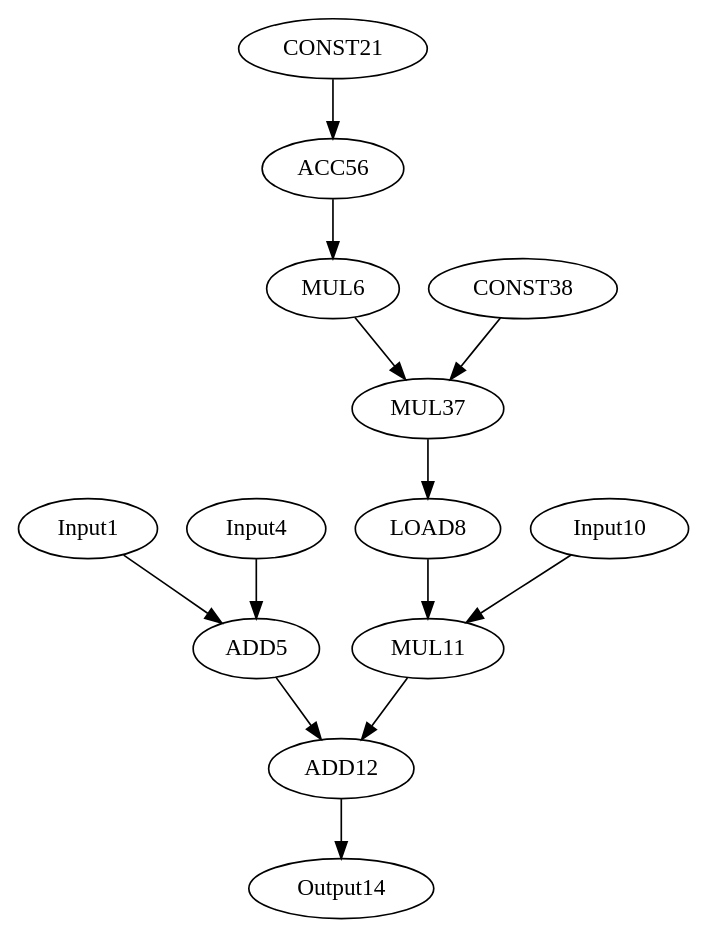
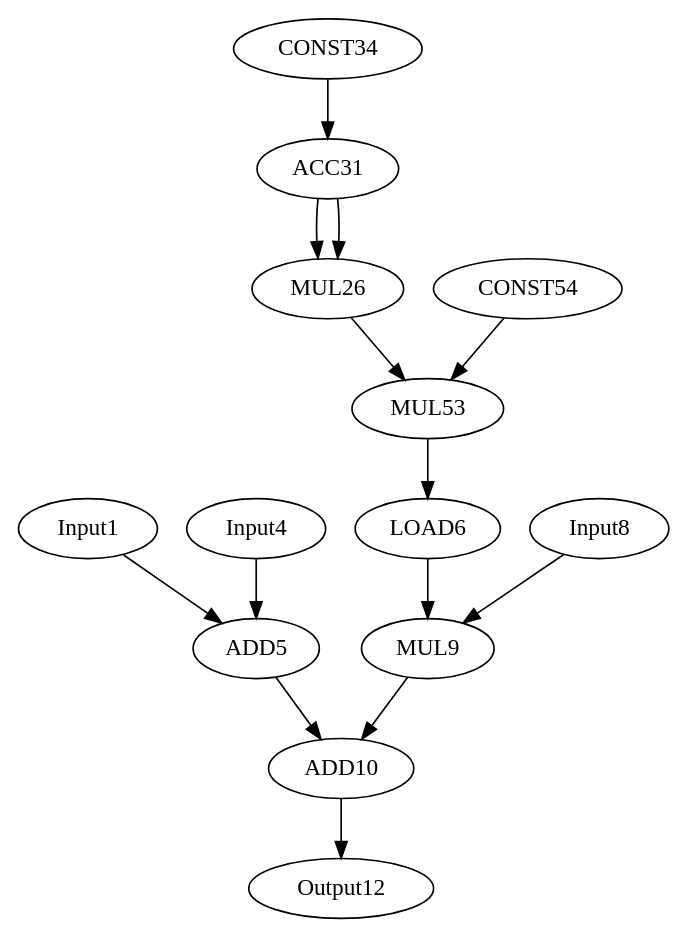
Before and after one commit to yhqiu16/FDRA: the diagram in benchmarks/test4/testaffine/affine.dot, drawn with Graphviz. The commit also changed 253 other files, not shown here.

```diff
--- a/benchmarks/test4/testaffine/affine.dot
+++ b/benchmarks/test4/testaffine/affine.dot
@@ -1,27 +1,28 @@
 Digraph G {
-Input1[opcode=input, ref_name="A", size=76, offset="24, 0", pattern="0, 6, 0, 16, 24, 4"];
+Input1[opcode=input, ref_name="A", size=52, offset="16, 0", pattern="0, 6, 0, 16, 16, 4"];
 Input4[opcode=input, ref_name="B", size=124, offset="0, 60", pattern="12, 6, -64, 16, 0, 4"];
 ADD5[opcode=add];
-MUL6[opcode=mul];
-LOAD8[opcode=load, ref_name="C", size=1024, offset="0, 0", cycles=384];
-Input10[opcode=input, ref_name="E", size=1024, offset="0, 960", pattern="12, 6, -124, 16, 900, 4"];
-MUL11[opcode=mul];
-ADD12[opcode=add];
-Output14[opcode=output, ref_name="D", size=7168, offset="2048, 960", pattern="12, 6, -124, 16, 2948, 4"];
-CONST21[opcode=const, value=3];
-MUL37[opcode=MUL];
-CONST38[opcode=const, value=4];
-ACC56[opcode=acc, acc_params="0, 4, 1, 1", acc_first=0];
+LOAD6[opcode=load, ref_name="C", size=1024, offset="0, 0", cycles=384];
+Input8[opcode=input, ref_name="E", size=1024, offset="0, 960", pattern="12, 6, -124, 16, 900, 4"];
+MUL9[opcode=mul];
+ADD10[opcode=add];
+Output12[opcode=output, ref_name="D", size=7168, offset="2048, 960", pattern="12, 6, -124, 16, 2948, 4"];
+MUL26[opcode=mul];
+ACC31[opcode=acc, acc_params="15, 16, 6, 4", acc_first=0];
+CONST34[opcode=const, value=-1];
+MUL53[opcode=MUL];
+CONST54[opcode=const, value=4];
 Input1->ADD5[operand=1];
 Input4->ADD5[operand=0];
-ADD5->ADD12[operand=0];
-LOAD8->MUL11[operand=1];
-Input10->MUL11[operand=0];
-MUL11->ADD12[operand=1];
-ADD12->Output14[operand=0];
-MUL6->MUL37[operand=0];
-CONST38->MUL37[operand=1];
-ACC56->MUL6[operand=1];
-MUL37->LOAD8[operand=0];
-CONST21->ACC56[operand=0];
+ADD5->ADD10[operand=0];
+LOAD6->MUL9[operand=1];
+Input8->MUL9[operand=0];
+MUL9->ADD10[operand=1];
+ADD10->Output12[operand=0];
+ACC31->MUL26[operand=1];
+ACC31->MUL26[operand=0];
+MUL26->MUL53[operand=0];
+CONST54->MUL53[operand=1];
+MUL53->LOAD6[operand=0];
+CONST34->ACC31[operand=0];
 }
```
